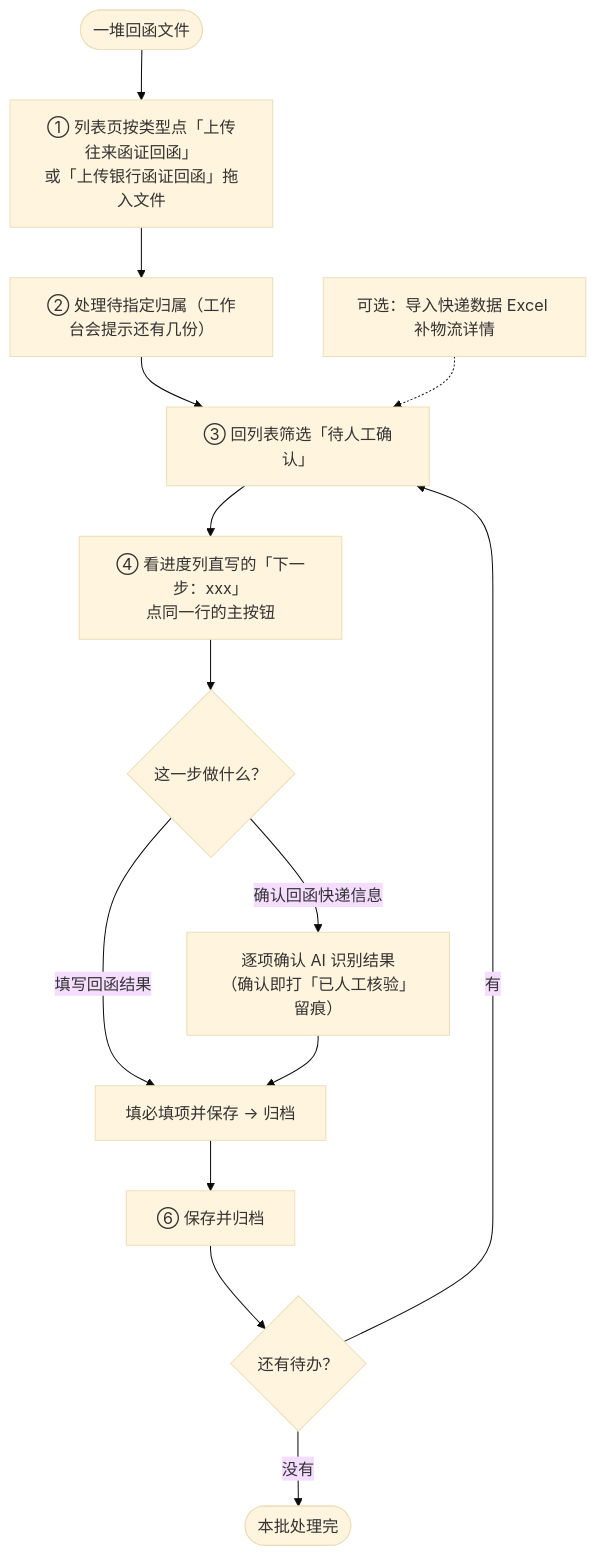
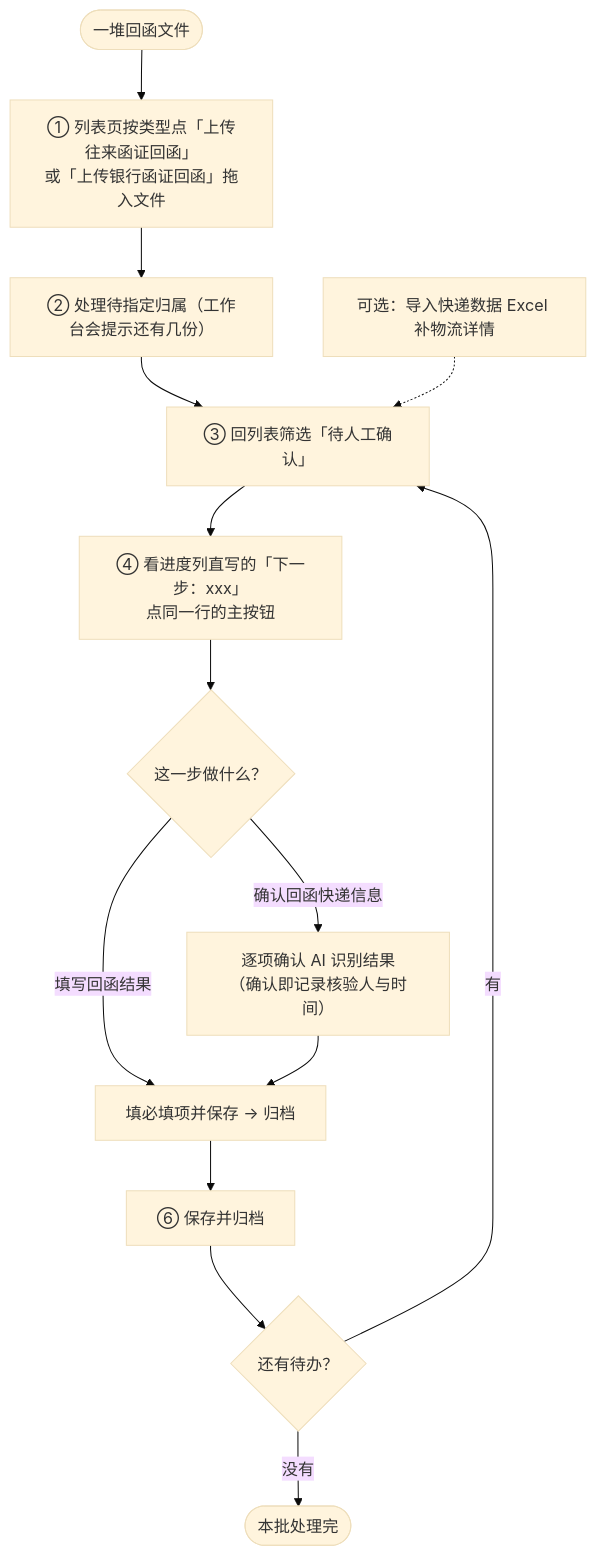
The third of 3 diagrams in docs/需求文档.md (ADdongdong/01_Smart-Reply-Management), drawn with Mermaid (base theme) before and after one commit. The commit also changed other lines of this file and 33 other files, not shown here.

````diff
--- a/docs/需求文档.md
+++ b/docs/需求文档.md
@@ -244,17 +267,17 @@
 ```mermaid
 flowchart TB
     START(["一堆回函文件"]) --> OP1["① 列表页按类型点「上传往来函证回函」<br/>或「上传银行函证回函」拖入文件"]
     OP1 --> OP2["② 处理待指定归属（工作台会提示还有几份）"]
     OP2 --> OP3["③ 回列表筛选「待人工确认」"]
     OP3 --> OP4["④ 看进度列直写的「下一步：xxx」<br/>点同一行的主按钮"]
     OP4 --> OP5{"这一步做什么？"}
-    OP5 -->|"确认回函快递信息"| OP6["逐项确认 AI 识别结果<br/>（确认即打「已人工核验」留痕）"]
+    OP5 -->|"确认回函快递信息"| OP6["逐项确认 AI 识别结果<br/>（确认即记录核验人与时间）"]
     OP5 -->|"填写回函结果"| OP7["填必填项并保存 → 归档"]
     OP6 --> OP7
     OP7 --> OP8["⑥ 保存并归档"]
     OP8 --> OP9{"还有待办？"}
     OP9 -->|"有"| OP3
     OP9 -->|"没有"| DONE(["本批处理完"])
     OPX["可选：导入快递数据 Excel 补物流详情"]
     OPX -.-> OP3
 ```
````
